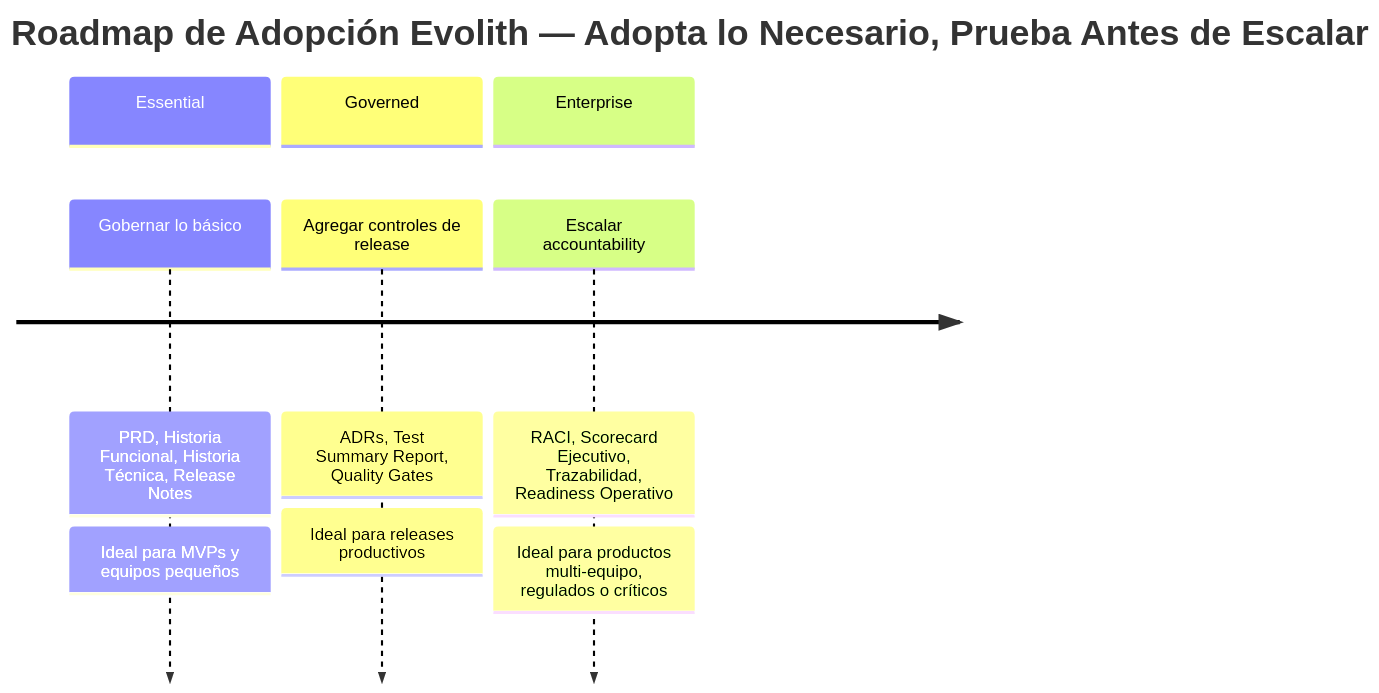
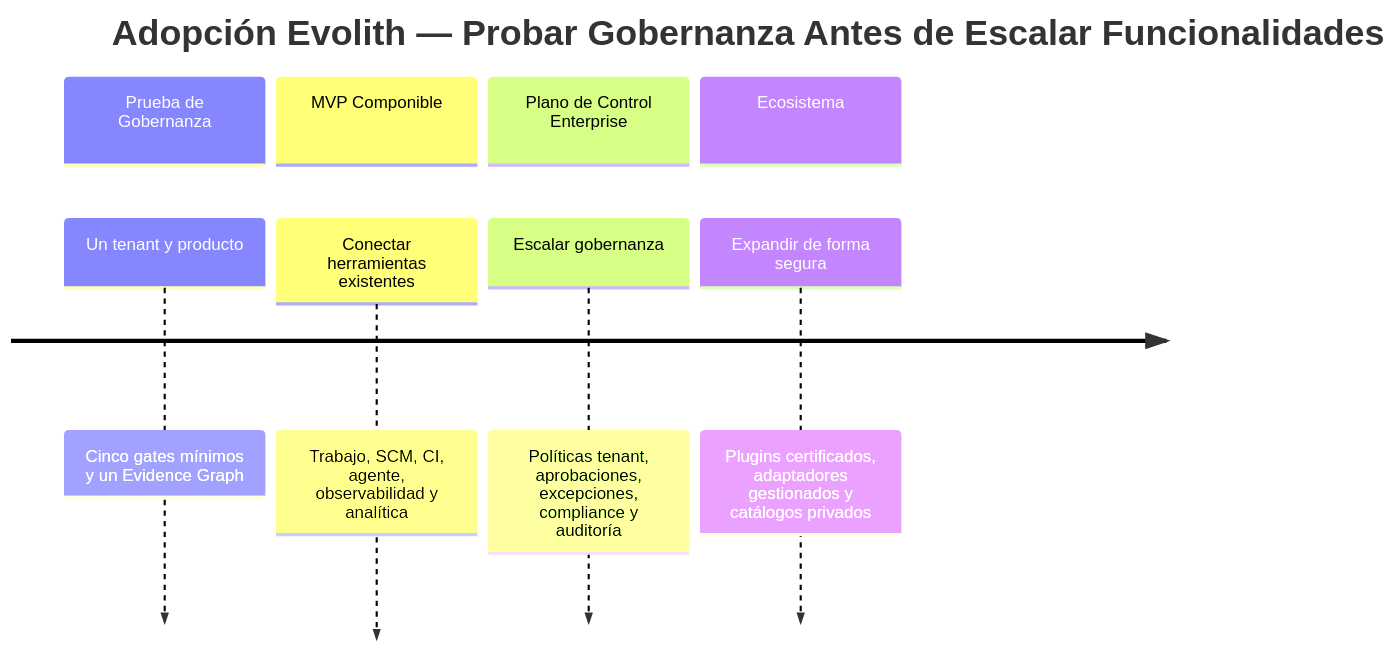
One commit to beyondnetcode/evolith_arch32 changed the fifth of 5 diagrams in reference/governance/standards/communication/visuals/v01-executive-one-pager.es.md. Above: the diagram before and after it, drawn with Mermaid. The commit also changed other lines of this file, not shown here.

Commit message:
docs(visuals): alinear one-pager ejecutivo con nueva visión Evolith

````diff
--- a/reference/governance/standards/communication/visuals/v01-executive-one-pager.es.md
+++ b/reference/governance/standards/communication/visuals/v01-executive-one-pager.es.md
@@ -77,13 +136,12 @@
 ```mermaid
 timeline
-    title Roadmap de Adopción Evolith — Adopta lo Necesario, Prueba Antes de Escalar
-    section Essential
-        Gobernar lo básico : PRD, Historia Funcional, Historia Técnica, Release Notes
-                            : Ideal para MVPs y equipos pequeños
-    section Governed
-        Agregar controles de release : ADRs, Test Summary Report, Quality Gates
-                                      : Ideal para releases productivos
-    section Enterprise
-        Escalar accountability : RACI, Scorecard Ejecutivo, Trazabilidad, Readiness Operativo
-                               : Ideal para productos multi-equipo, regulados o críticos
+    title Adopción Evolith — Probar Gobernanza Antes de Escalar Funcionalidades
+    section Prueba de Gobernanza
+        Un tenant y producto : Cinco gates mínimos y un Evidence Graph
+    section MVP Componible
+        Conectar herramientas existentes : Trabajo, SCM, CI, agente, observabilidad y analítica
+    section Plano de Control Enterprise
+        Escalar gobernanza : Políticas tenant, aprobaciones, excepciones, compliance y auditoría
+    section Ecosistema
+        Expandir de forma segura : Plugins certificados, adaptadores gestionados y catálogos privados
 ```
````
